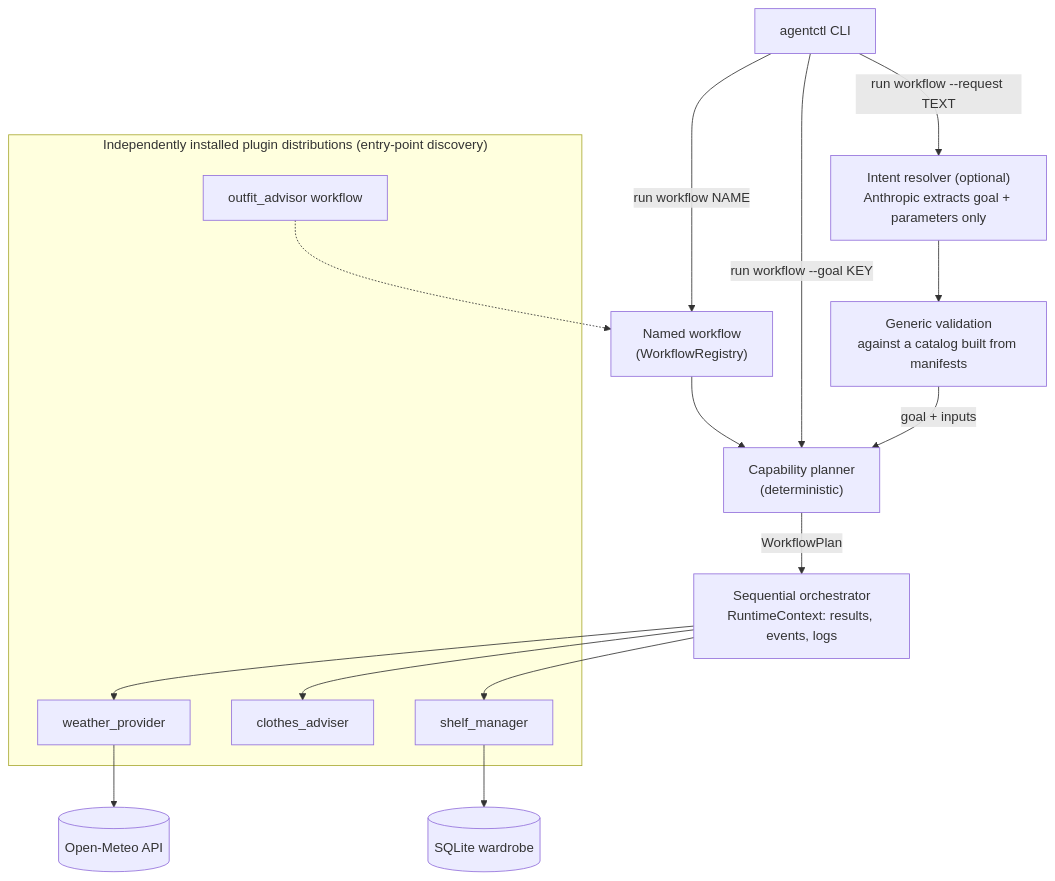
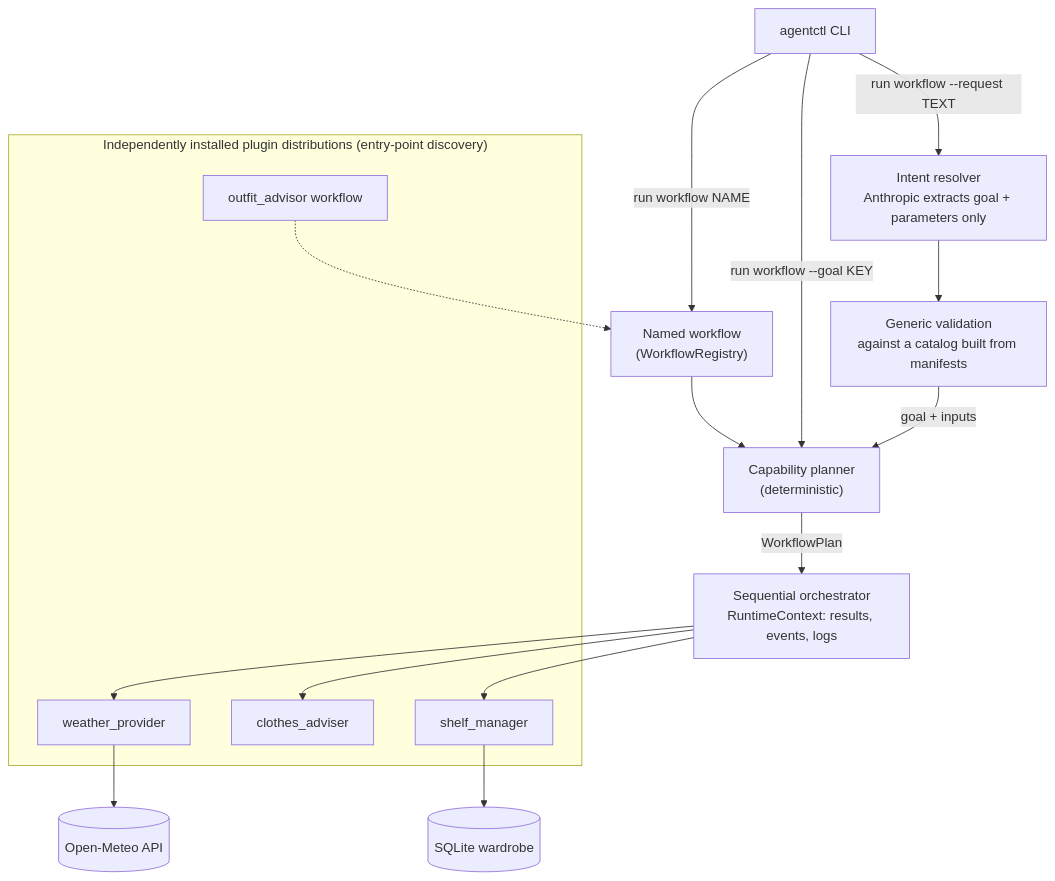
One commit to IshaaS/agentic-workflow-framework changed the diagram in README.md. Above: the diagram before and after it, drawn with Mermaid. The commit also changed other lines of this file and 3 other files, not shown here.

````diff
--- a/README.md
+++ b/README.md
@@ -35,21 +35,21 @@
 ```mermaid
 flowchart TB
     CLI["agentctl CLI"]
     CLI -->|"run workflow NAME"| NW["Named workflow<br/>(WorkflowRegistry)"]
     CLI -->|"run workflow --goal KEY"| PL
-    CLI -->|"run workflow --request TEXT"| IR["Intent resolver (optional)<br/>Anthropic extracts goal + parameters only"]
+    CLI -->|"run workflow --request TEXT"| IR["Intent resolver<br/>Anthropic extracts goal + parameters only"]
     IR --> VAL["Generic validation<br/>against a catalog built from manifests"]
     VAL -->|"goal + inputs"| PL["Capability planner<br/>(deterministic)"]
     NW --> PL
     PL -->|"WorkflowPlan"| ORC["Sequential orchestrator<br/>RuntimeContext: results, events, logs"]
     subgraph plugins ["Independently installed plugin distributions (entry-point discovery)"]
         W["weather_provider"]
         C["clothes_adviser"]
         S["shelf_manager"]
         WF["outfit_advisor workflow"]
     end
     ORC --> W & C & S
     WF -.-> NW
     W --> API[("Open-Meteo API")]
     S --> DB[("SQLite wardrobe")]
 ```
````
